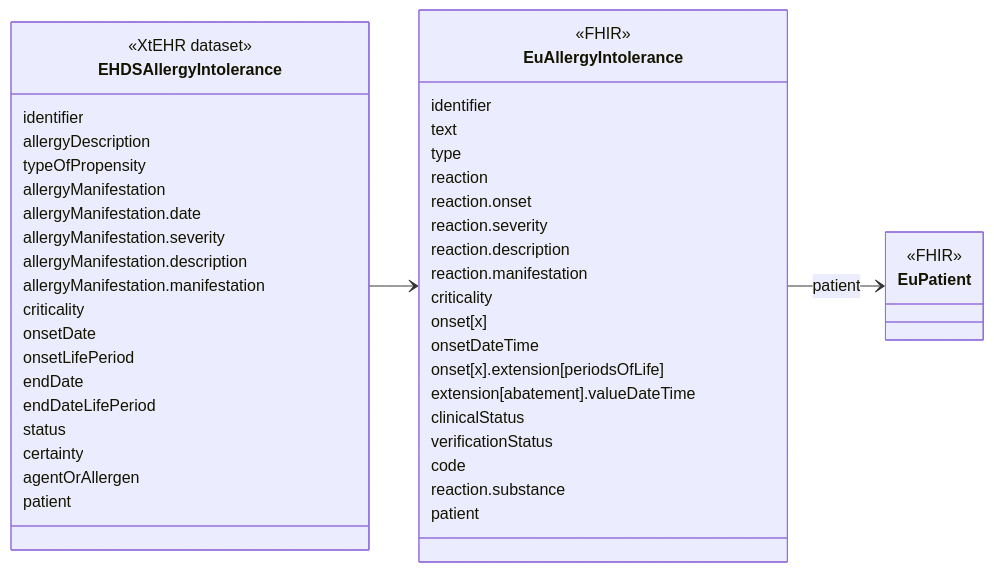
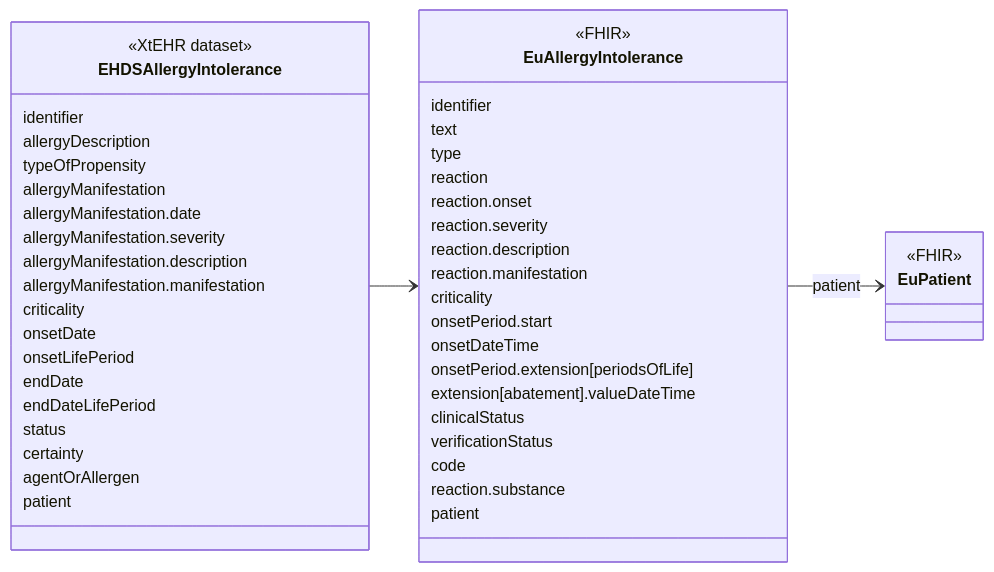
One commit to oijauregui/ehdsimaging changed the diagram in input/intro-notes/ConceptMap-EHDSAllergyIntoleranceMap-intro.md. Above: the diagram before and after it, drawn with Mermaid. The commit also changed 16 other files, not shown here.

````diff
--- a/input/intro-notes/ConceptMap-EHDSAllergyIntoleranceMap-intro.md
+++ b/input/intro-notes/ConceptMap-EHDSAllergyIntoleranceMap-intro.md
@@ -5,52 +5,52 @@
 ```mermaid
 classDiagram
 direction LR
 class EHDSAllergyIntolerance {
   <<XtEHR dataset>>
   identifier
   allergyDescription
   typeOfPropensity
   allergyManifestation
   allergyManifestation.date
   allergyManifestation.severity
   allergyManifestation.description
   allergyManifestation.manifestation
   criticality
   onsetDate
   onsetLifePeriod
   endDate
   endDateLifePeriod
   status
   certainty
   agentOrAllergen
   patient
 }
 link EHDSAllergyIntolerance "https://build.fhir.org/ig/Xt-EHR/xt-ehr-common/StructureDefinition-EHDSAllergyIntolerance.html"
 class EuAllergyIntolerance{
   <<FHIR>>
   identifier
   text
   type
   reaction
   reaction.onset
   reaction.severity
   reaction.description
   reaction.manifestation
   criticality
-  onset[x]
+  onsetPeriod.start
   onsetDateTime
-  onset[x].extension[periodsOfLife]
+  onsetPeriod.extension[periodsOfLife]
   extension[abatement].valueDateTime
   clinicalStatus
   verificationStatus
   code
   reaction.substance
   patient
 }
 
 class EuPatient {
   <<FHIR>>
 }
 EHDSAllergyIntolerance --> EuAllergyIntolerance
 EuAllergyIntolerance --> EuPatient : patient
 ```
````
